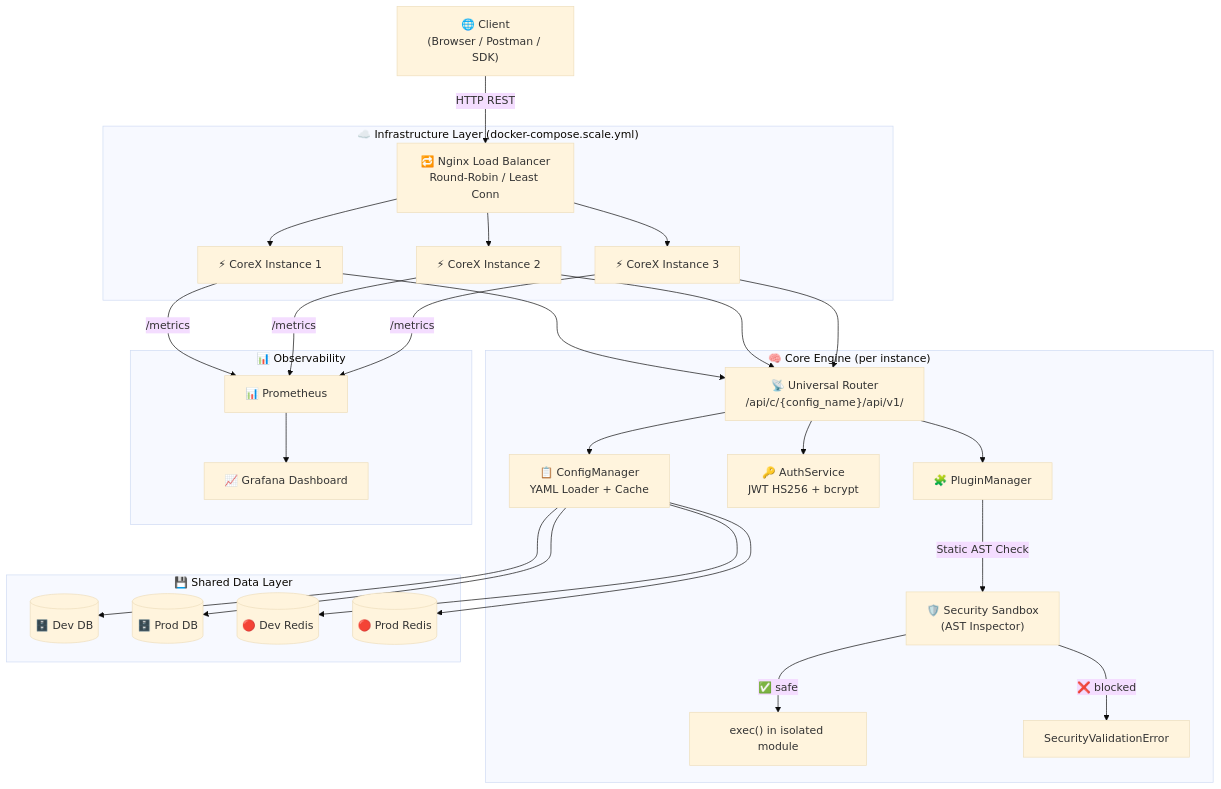
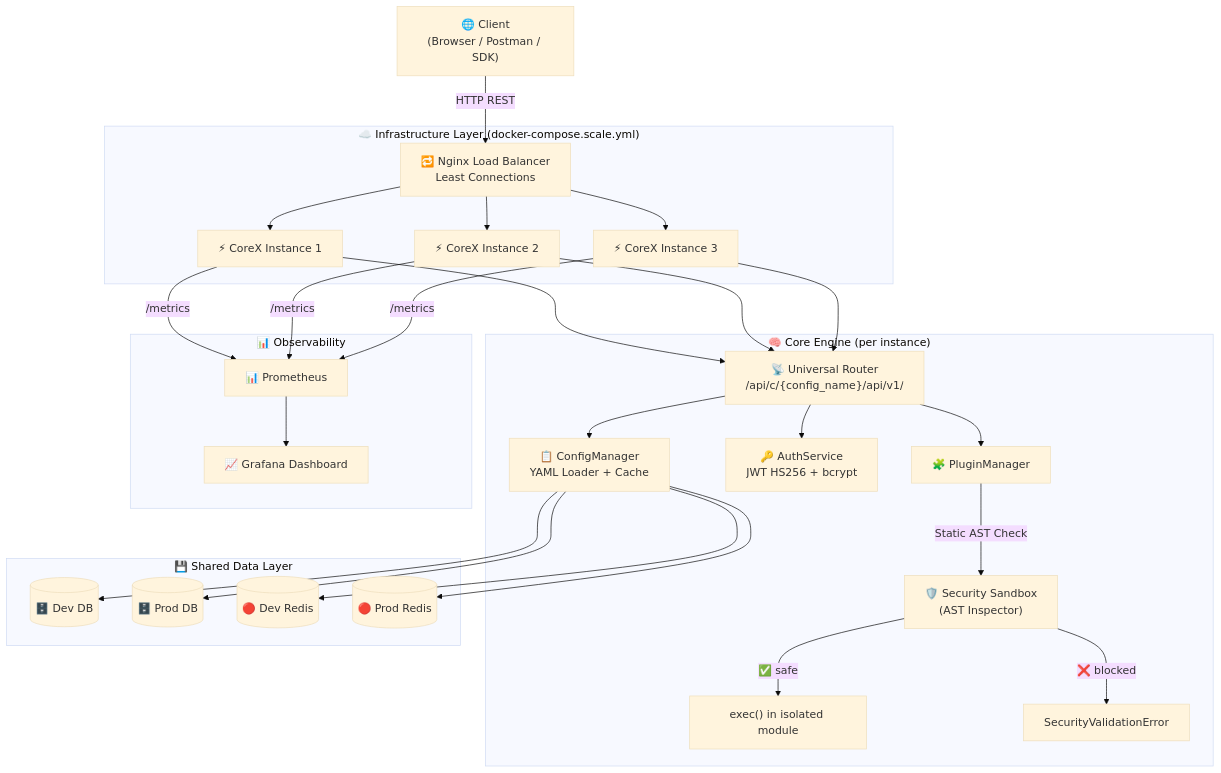
Before and after one commit to GFPC/CoreX: the diagram in README.md, drawn with Mermaid (base theme). The commit also changed other lines of this file and 20 other files, not shown here.

````diff
--- a/README.md
+++ b/README.md
@@ -44,34 +44,34 @@
 ```mermaid
 graph TD
     Client["🌐 Client<br/>(Browser / Postman / SDK)"]
     Client -->|"HTTP REST"| LB
 
     subgraph Infra["☁️ Infrastructure Layer (docker-compose.scale.yml)"]
-        LB["🔁 Nginx Load Balancer<br/>Round-Robin / Least Conn"]
+        LB["🔁 Nginx Load Balancer<br/>Least Connections"]
         LB --> App1["⚡ CoreX Instance 1"]
         LB --> App2["⚡ CoreX Instance 2"]
         LB --> App3["⚡ CoreX Instance 3"]
     end
 
     subgraph Core["🧠 Core Engine (per instance)"]
         App1 & App2 & App3 --> Router["📡 Universal Router<br/>/api/c/{config_name}/api/v1/"]
         Router --> ConfigMgr["📋 ConfigManager<br/>YAML Loader + Cache"]
         Router --> AuthSvc["🔑 AuthService<br/>JWT HS256 + bcrypt"]
         Router --> PluginMgr["🧩 PluginManager"]
         PluginMgr -->|"Static AST Check"| Sandbox["🛡️ Security Sandbox<br/>(AST Inspector)"]
         Sandbox -->|"✅ safe"| Exec["exec() in isolated module"]
         Sandbox -->|"❌ blocked"| Reject["SecurityValidationError"]
     end
 
     subgraph Data["💾 Shared Data Layer"]
         ConfigMgr --> DevDB[("🗄️ Dev DB")]
         ConfigMgr --> ProdDB[("🗄️ Prod DB")]
         ConfigMgr --> DevRedis[("🔴 Dev Redis")]
         ConfigMgr --> ProdRedis[("🔴 Prod Redis")]
     end
 
     subgraph Obs["📊 Observability"]
         App1 & App2 & App3 -->|"/metrics"| Prometheus["📊 Prometheus"]
         Prometheus --> Grafana["📈 Grafana Dashboard"]
     end
 ```
````
